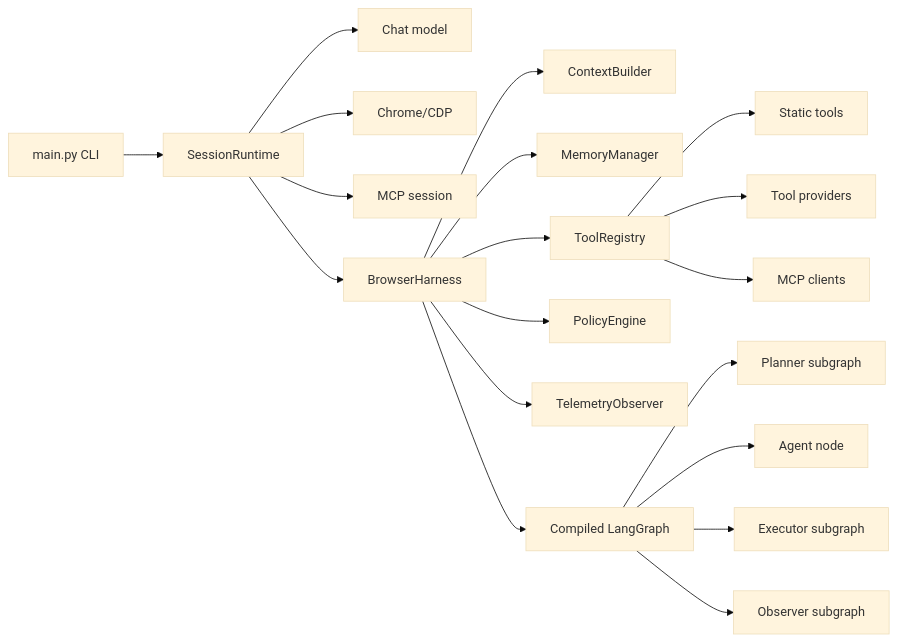
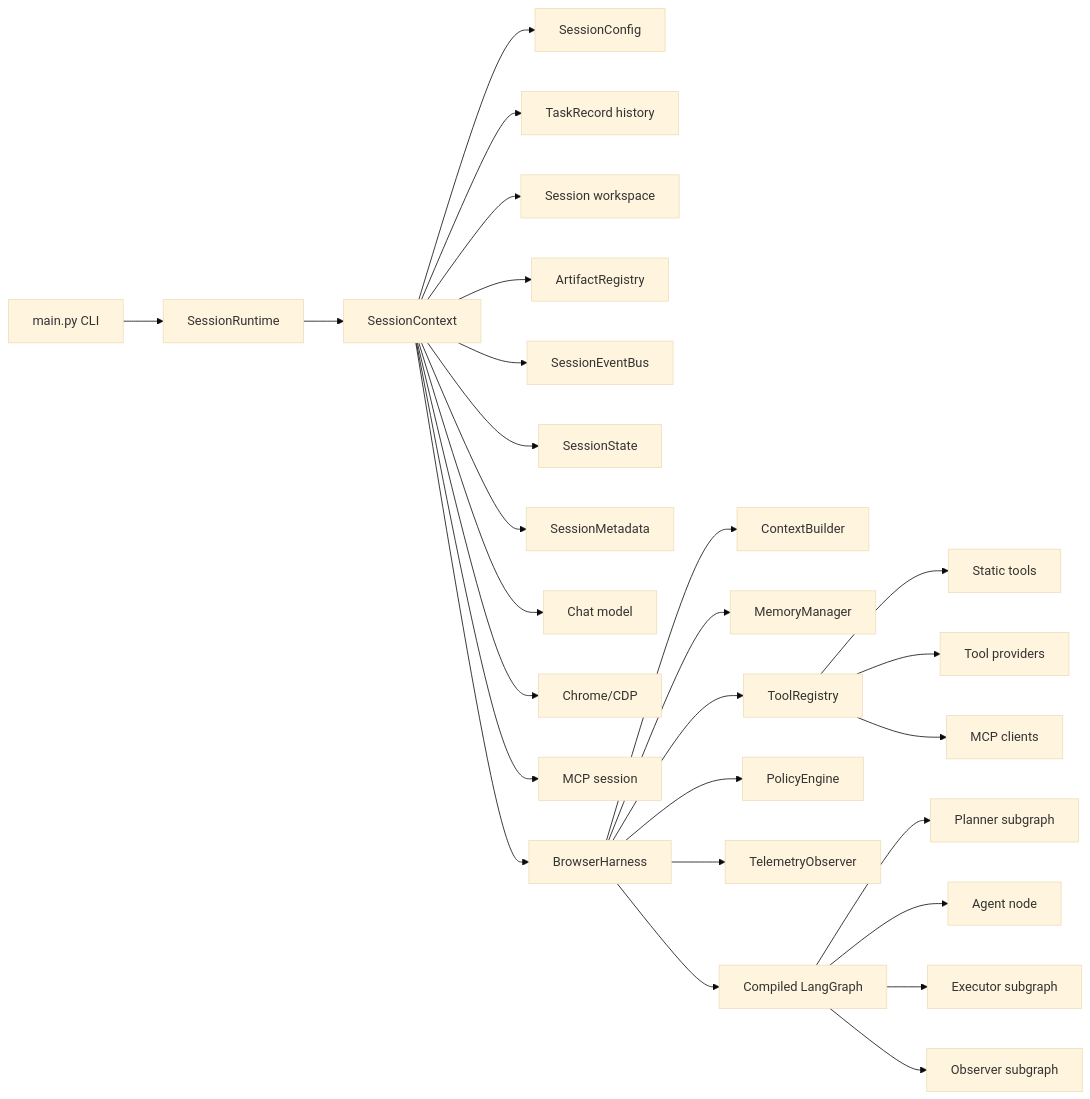
One commit to Hastur456/AutoBrowser changed the diagram in docs/diagrams/harness-boundaries.md. Above: the diagram before and after it, drawn with Mermaid (base theme). The commit also changed other lines of this file and 12 other files, not shown here.

First line of the commit message:
feat(harness): add session context root object

````diff
--- a/docs/diagrams/harness-boundaries.md
+++ b/docs/diagrams/harness-boundaries.md
@@ -7,21 +7,29 @@
 ```mermaid
 flowchart LR
   CLI[main.py CLI] --> Session[SessionRuntime]
-  Session --> LLM[Chat model]
-  Session --> Chrome[Chrome/CDP]
-  Session --> MCPRuntime[MCP session]
-  Session --> Harness[BrowserHarness]
-  Harness --> Context[ContextBuilder]
+  Session --> SessionCtx[SessionContext]
+  SessionCtx --> Config[SessionConfig]
+  SessionCtx --> Tasks[TaskRecord history]
+  SessionCtx --> Workspace[Session workspace]
+  SessionCtx --> Artifacts[ArtifactRegistry]
+  SessionCtx --> Events[SessionEventBus]
+  SessionCtx --> State[SessionState]
+  SessionCtx --> Metadata[SessionMetadata]
+  SessionCtx --> LLM[Chat model]
+  SessionCtx --> Chrome[Chrome/CDP]
+  SessionCtx --> MCPRuntime[MCP session]
+  SessionCtx --> Harness[BrowserHarness]
+  Harness --> ContextBuilder[ContextBuilder]
   Harness --> Memory[MemoryManager]
   Harness --> Tools[ToolRegistry]
   Harness --> Policy[PolicyEngine]
   Harness --> Telemetry[TelemetryObserver]
   Harness --> Graph[Compiled LangGraph]
   Tools --> StaticTools[Static tools]
   Tools --> Providers[Tool providers]
   Tools --> MCP[MCP clients]
   Graph --> Planner[Planner subgraph]
   Graph --> Agent[Agent node]
   Graph --> Executor[Executor subgraph]
   Graph --> Observer[Observer subgraph]
 ```
````
